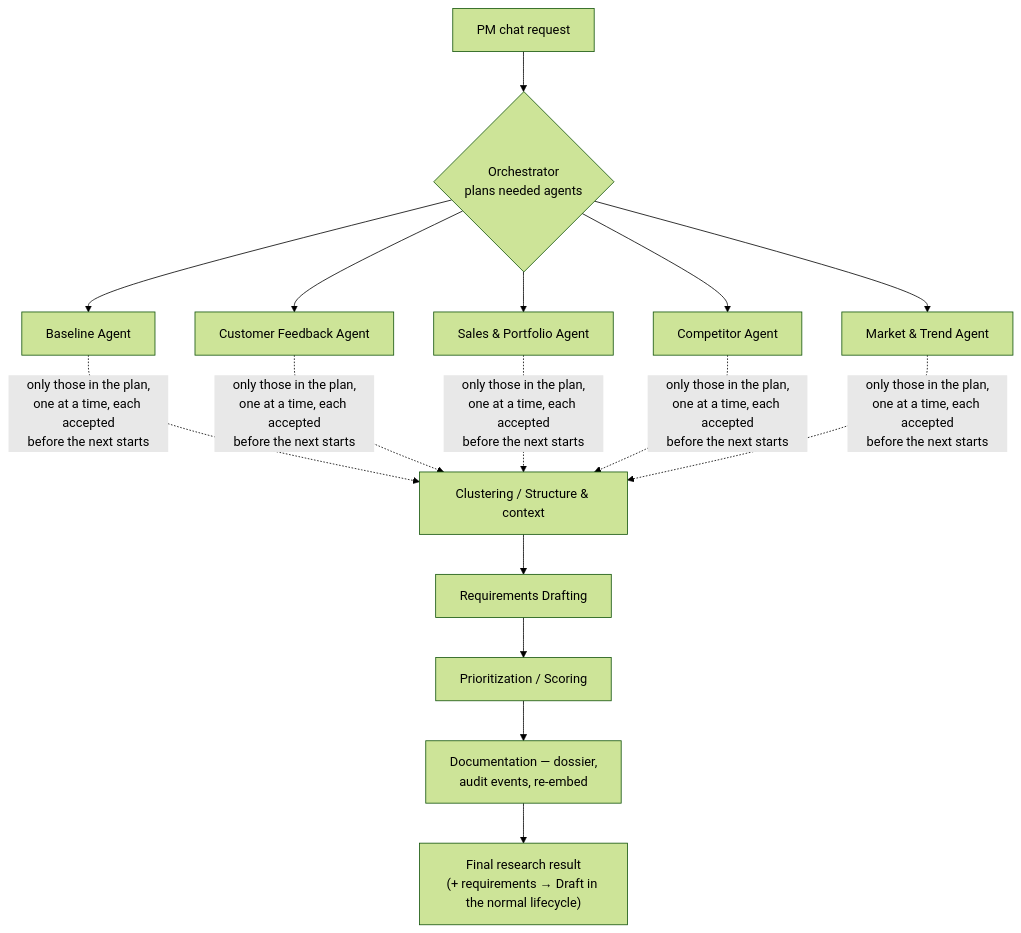
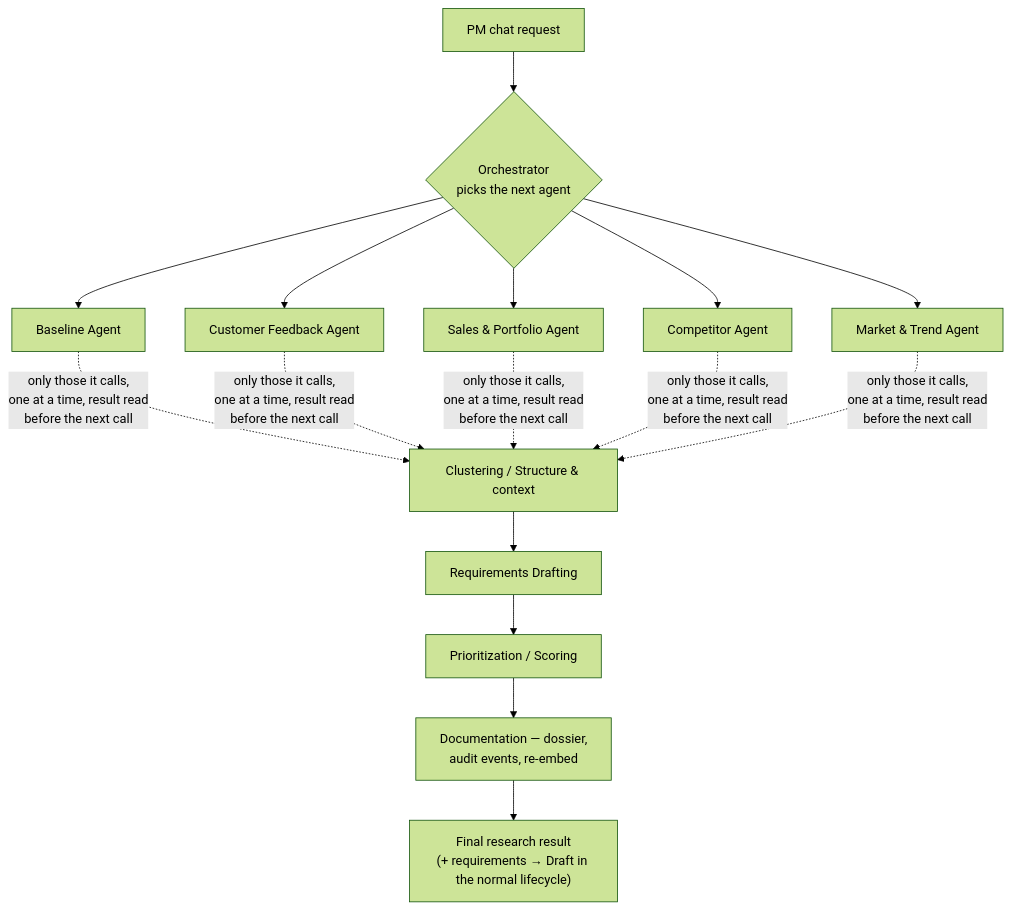
One commit to gabrielhansmann/attention_is_all_we_have changed the third of 3 diagrams in docs/architecture/02-orchestration-and-human-in-the-loop.md. Above: the diagram before and after it, drawn with Mermaid (forest theme). The commit also changed other lines of this file and 66 other files, not shown here.

````diff
--- a/docs/architecture/02-orchestration-and-human-in-the-loop.md
+++ b/docs/architecture/02-orchestration-and-human-in-the-loop.md
@@ -139,14 +104,14 @@
 ```mermaid
 flowchart TD
-    Q["PM chat request"] --> ORCH{"Orchestrator<br/>plans needed agents"}
+    Q["PM chat request"] --> ORCH{"Orchestrator<br/>picks the next agent"}
     ORCH --> A1[Baseline Agent]
     ORCH --> A2[Customer Feedback Agent]
     ORCH --> A3[Sales & Portfolio Agent]
     ORCH --> A4[Competitor Agent]
     ORCH --> A5[Market & Trend Agent]
-    A1 & A2 & A3 & A4 & A5 -.->|only those in the plan,<br/>one at a time, each accepted<br/>before the next starts| SC[Clustering / Structure & context]
+    A1 & A2 & A3 & A4 & A5 -.->|only those it calls,<br/>one at a time, result read<br/>before the next call| SC[Clustering / Structure & context]
     SC --> RD[Requirements Drafting]
     RD --> PR[Prioritization / Scoring]
     PR --> DOC[Documentation — dossier,<br/>audit events, re-embed]
     DOC --> FV["Final research result<br/>(+ requirements → Draft in the normal lifecycle)"]
 ```
````
